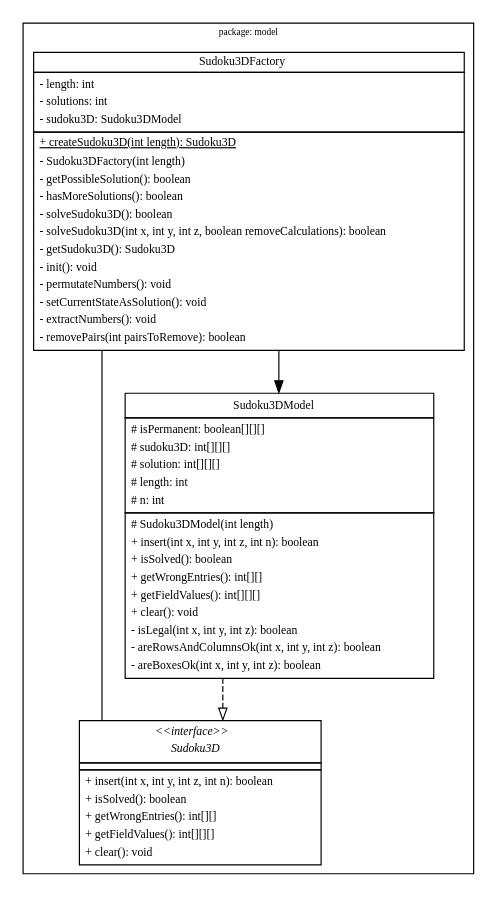
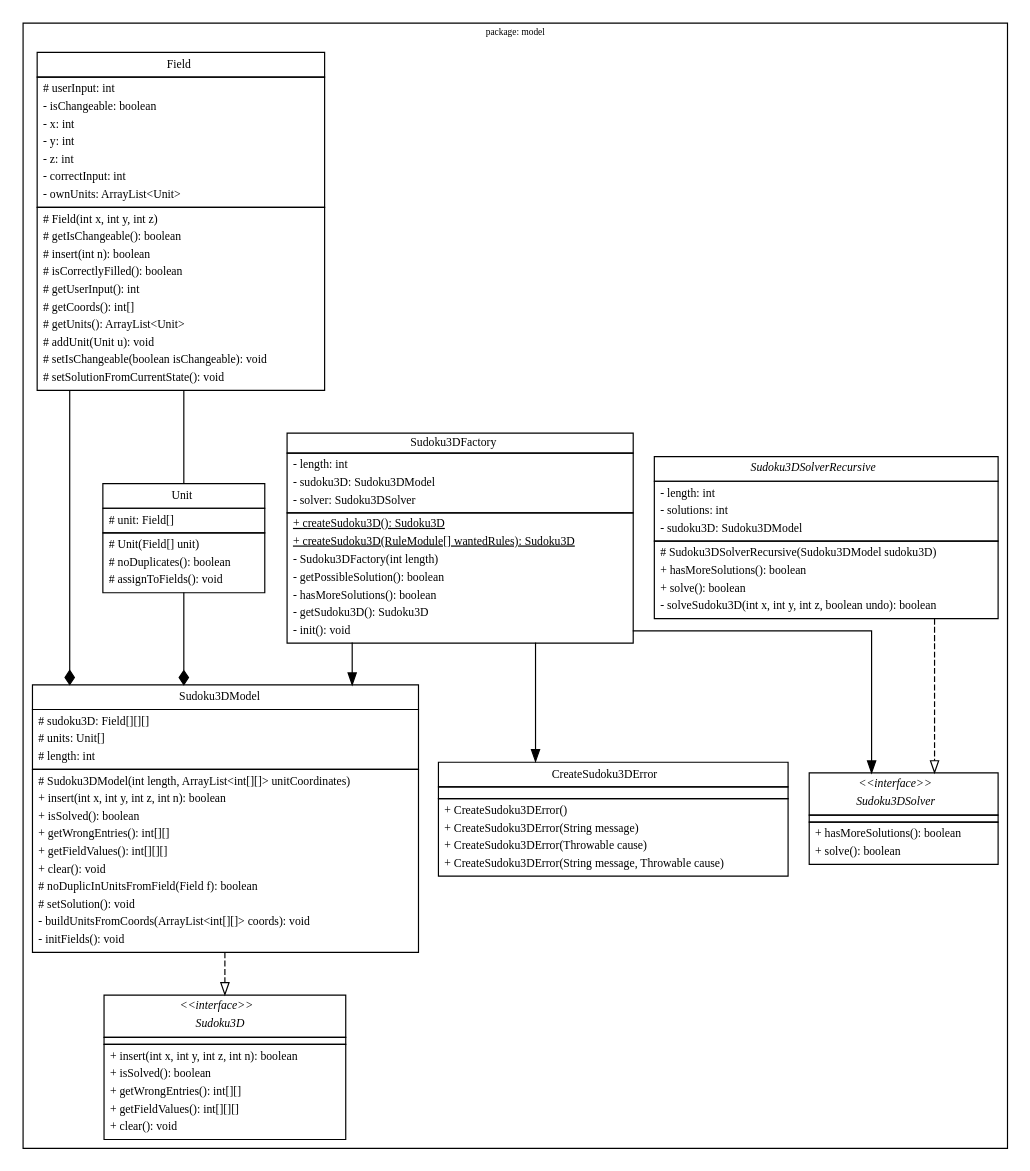
The diagram in doc/model.dot (Mavpotter/Sudoku3D), drawn with Graphviz before and after one commit.

```diff
--- a/doc/model.dot
+++ b/doc/model.dot
@@ -14,7 +14,7 @@
         fontsize = 10
     ]
 
-    subgraph clustermodel{
+    subgraph clustermodel {
 
         label = "package: model"
 
@@ -46,11 +46,40 @@
             </table>>
         ]
 
-        sudoku3dfactory [
+        sudoku3dsolver [
             label =
             <<table border="0" cellspacing="0" cellborder="1">
                 <tr>
-                    <td>Sudoku3DFactory</td>
+                    <td>
+                        <table border="0" cellspacing="0" cellborder="0">
+                            <tr><td align="center"><i>&lt;&lt;interface&gt;&gt;</i></td></tr>
+                            <tr><td align="center"><i>Sudoku3DSolver</i></td></tr>
+                        </table>
+                    </td>
+                </tr>
+                <tr>
+                    <td></td>
+                </tr>
+                <tr>
+                    <td>
+                        <table border="0" cellspacing="0" cellborder="0">
+                            <tr><td align="left">+ hasMoreSolutions(): boolean</td></tr>
+                            <tr><td align="left">+ solve(): boolean</td></tr>
+                        </table>
+                    </td>
+                </tr>
+            </table>>
+        ]
+
+        sudoku3dsolverrecursive [
+            label =
+            <<table border="0" cellspacing="0" cellborder="1">
+                <tr>
+                    <td>
+                        <table border="0" cellspacing="0" cellborder="0">
+                            <tr><td align="center"><i>Sudoku3DSolverRecursive</i></td></tr>
+                        </table>
+                    </td>
                 </tr>
                 <tr>
                     <td>
@@ -64,18 +93,41 @@
                 <tr>
                     <td>
                         <table border="0" cellspacing="0" cellborder="0">
-                            <tr><td align="left"><u>+ createSudoku3D(int length): Sudoku3D</u></td></tr>
+                            <tr><td align="left"># Sudoku3DSolverRecursive(Sudoku3DModel sudoku3D)</td></tr>
+                            <tr><td align="left">+ hasMoreSolutions(): boolean</td></tr>
+                            <tr><td align="left">+ solve(): boolean</td></tr>
+                            <tr><td align="left">- solveSudoku3D(int x, int y, int z, boolean undo): boolean</td></tr>
+                        </table>
+                    </td>
+                </tr>
+            </table>>
+        ]
+
+        sudoku3dfactory [
+            label =
+            <<table border="0" cellspacing="0" cellborder="1">
+                <tr>
+                    <td>Sudoku3DFactory</td>
+                </tr>
+                <tr>
+                    <td>
+                        <table border="0" cellspacing="0" cellborder="0">
+                            <tr><td align="left">- length: int</td></tr>
+                            <tr><td align="left">- sudoku3D: Sudoku3DModel</td></tr>
+                            <tr><td align="left">- solver: Sudoku3DSolver</td></tr>
+                        </table>
+                    </td>
+                </tr>
+                <tr>
+                    <td>
+                        <table border="0" cellspacing="0" cellborder="0">
+                            <tr><td align="left"><u>+ createSudoku3D(): Sudoku3D</u></td></tr>
+                            <tr><td align="left"><u>+ createSudoku3D(RuleModule[] wantedRules): Sudoku3D</u></td></tr>
                             <tr><td align="left">- Sudoku3DFactory(int length)</td></tr>
                             <tr><td align="left">- getPossibleSolution(): boolean</td></tr>
                             <tr><td align="left">- hasMoreSolutions(): boolean</td></tr>
-                            <tr><td align="left">- solveSudoku3D(): boolean</td></tr>
-                            <tr><td align="left">- solveSudoku3D(int x, int y, int z, boolean removeCalculations): boolean</td></tr>
                             <tr><td align="left">- getSudoku3D(): Sudoku3D</td></tr>
                             <tr><td align="left">- init(): void</td></tr>
-                            <tr><td align="left">- permutateNumbers(): void</td></tr>
-                            <tr><td align="left">- setCurrentStateAsSolution(): void</td></tr>
-                            <tr><td align="left">- extractNumbers(): void</td></tr>
-                            <tr><td align="left">- removePairs(int pairsToRemove): boolean</td></tr>
                         </table>
                     </td>
                 </tr>
@@ -95,26 +147,126 @@
                 <tr>
                     <td>
                         <table border="0" cellspacing="0" cellborder="0">
-                            <tr><td align="left"># isPermanent: boolean[][][]</td></tr>
-                            <tr><td align="left"># sudoku3D: int[][][]</td></tr>
-                            <tr><td align="left"># solution: int[][][]</td></tr>
+                            <tr><td align="left"># sudoku3D: Field[][][]</td></tr>
+                            <tr><td align="left"># units: Unit[]</td></tr>
                             <tr><td align="left"># length: int</td></tr>
-                            <tr><td align="left"># n: int</td></tr>
                         </table>
                     </td>
                 </tr>
                 <tr>
                     <td>
                         <table border="0" cellspacing="0" cellborder="0">
-                            <tr><td align="left"># Sudoku3DModel(int length)</td></tr>
+                            <tr><td align="left"># Sudoku3DModel(int length, ArrayList&lt;int[][]&gt; unitCoordinates)</td></tr>
                             <tr><td align="left">+ insert(int x, int y, int z, int n): boolean</td></tr>
                             <tr><td align="left">+ isSolved(): boolean</td></tr>
                             <tr><td align="left">+ getWrongEntries(): int[][]</td></tr>
                             <tr><td align="left">+ getFieldValues(): int[][][]</td></tr>
                             <tr><td align="left">+ clear(): void</td></tr>
-                            <tr><td align="left">- isLegal(int x, int y, int z): boolean</td></tr>
-                            <tr><td align="left">- areRowsAndColumnsOk(int x, int y, int z): boolean</td></tr>
-                            <tr><td align="left">- areBoxesOk(int x, int y, int z): boolean</td></tr>
+                            <tr><td align="left"># noDuplicInUnitsFromField(Field f): boolean</td></tr>
+                            <tr><td align="left"># setSolution(): void</td></tr>
+                            <tr><td align="left">- buildUnitsFromCoords(ArrayList&lt;int[][]&gt; coords): void</td></tr>
+                            <tr><td align="left">- initFields(): void</td></tr>
+                        </table>
+                    </td>
+                </tr>
+            </table>>
+        ]
+
+        createsudoku3derror [
+            label =
+            <<table border="0" cellspacing="0" cellborder="1">
+                <tr>
+                    <td>
+                        <table border="0" cellspacing="0" cellborder="0">
+                            <tr><td align="center">CreateSudoku3DError</td></tr>
+                        </table>
+                    </td>
+                </tr>
+                <tr>
+                    <td>
+                        <table border="0" cellspacing="0" cellborder="0">
+                            <tr><td></td></tr>
+                        </table>
+                    </td>
+                </tr>
+                <tr>
+                    <td>
+                        <table border="0" cellspacing="0" cellborder="0">
+                            <tr><td align="left">+ CreateSudoku3DError()</td></tr>
+                            <tr><td align="left">+ CreateSudoku3DError(String message)</td></tr>
+                            <tr><td align="left">+ CreateSudoku3DError(Throwable cause)</td></tr>
+                            <tr><td align="left">+ CreateSudoku3DError(String message, Throwable cause)</td></tr>
+                        </table>
+                    </td>
+                </tr>
+            </table>>
+        ]
+
+        field [
+            label =
+            <<table border="0" cellspacing="0" cellborder="1">
+                <tr>
+                    <td>
+                        <table border="0" cellspacing="0" cellborder="0">
+                            <tr><td align="center">Field</td></tr>
+                        </table>
+                    </td>
+                </tr>
+                <tr>
+                    <td>
+                        <table border="0" cellspacing="0" cellborder="0">
+                            <tr><td align="left"># userInput: int</td></tr>
+                            <tr><td align="left">- isChangeable: boolean</td></tr>
+                            <tr><td align="left">- x: int</td></tr>
+                            <tr><td align="left">- y: int</td></tr>
+                            <tr><td align="left">- z: int</td></tr>
+                            <tr><td align="left">- correctInput: int</td></tr>
+                            <tr><td align="left">- ownUnits: ArrayList&lt;Unit&gt;</td></tr>
+                        </table>
+                    </td>
+                </tr>
+                <tr>
+                    <td>
+                        <table border="0" cellspacing="0" cellborder="0">
+                            <tr><td align="left"># Field(int x, int y, int z)</td></tr>
+                            <tr><td align="left"># getIsChangeable(): boolean</td></tr>
+                            <tr><td align="left"># insert(int n): boolean</td></tr>
+                            <tr><td align="left"># isCorrectlyFilled(): boolean</td></tr>
+                            <tr><td align="left"># getUserInput(): int</td></tr>
+                            <tr><td align="left"># getCoords(): int[]</td></tr>
+                            <tr><td align="left"># getUnits(): ArrayList&lt;Unit&gt;</td></tr>
+                            <tr><td align="left"># addUnit(Unit u): void</td></tr>
+                            <tr><td align="left"># setIsChangeable(boolean isChangeable): void</td></tr>
+                            <tr><td align="left"># setSolutionFromCurrentState(): void</td></tr>
+                        </table>
+                    </td>
+                </tr>
+            </table>>
+        ]
+
+        unit [
+            label =
+            <<table border="0" cellspacing="0" cellborder="1">
+                <tr>
+                    <td>
+                        <table border="0" cellspacing="0" cellborder="0">
+                            <tr><td align="center">Unit</td></tr>
+                        </table>
+                    </td>
+                </tr>
+                <tr>
+                    <td>
+                        <table border="0" cellspacing="0" cellborder="0">
+                            <tr><td align="left"># unit: Field[]</td></tr>
+                        </table>
+                    </td>
+                </tr>
+                <tr>
+                    <td>
+                        <table border="0" cellspacing="0" cellborder="0">
+                            <tr><td align="left"># Unit(Field[] unit)</td></tr>
+                            <tr><td align="left"># noDuplicates(): boolean</td></tr>
+                            <tr><td align="left"># assignToFields(): void</td></tr>
                         </table>
                     </td>
                 </tr>
@@ -123,6 +275,11 @@
     }
 
     sudoku3dfactory -> sudoku3dmodel
-    sudoku3dfactory -> sudoku3d [arrowhead=none]
+    sudoku3dfactory -> sudoku3dsolver
+    sudoku3dfactory -> createsudoku3derror
+    field -> unit [arrowhead=none]
+    field -> sudoku3dmodel [arrowhead=diamond]
+    unit -> sudoku3dmodel [arrowhead=diamond]
+    sudoku3dsolverrecursive -> sudoku3dsolver [arrowhead=onormal,style=dashed]
     sudoku3dmodel -> sudoku3d [arrowhead=onormal,style=dashed]
 }
```
